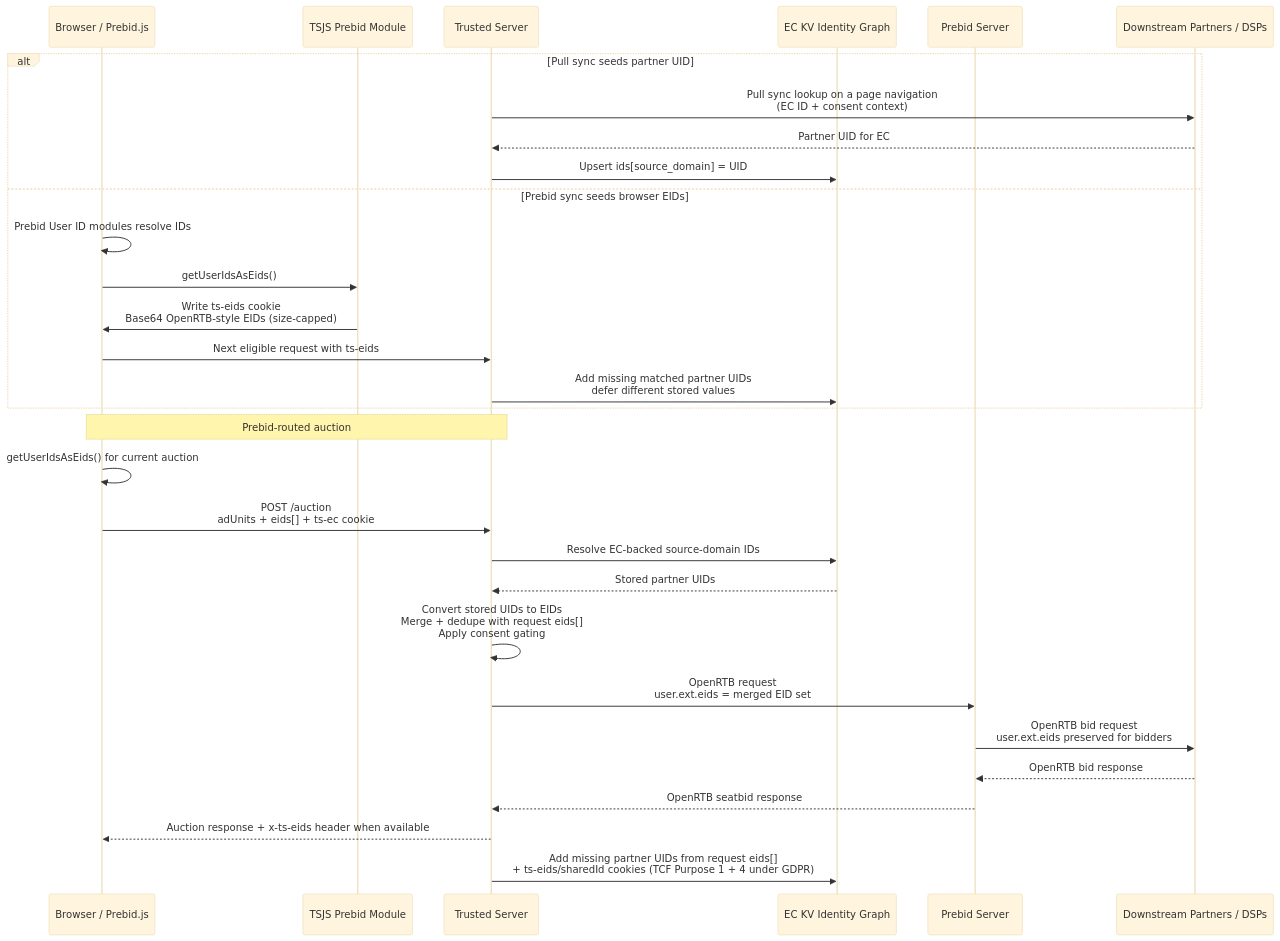
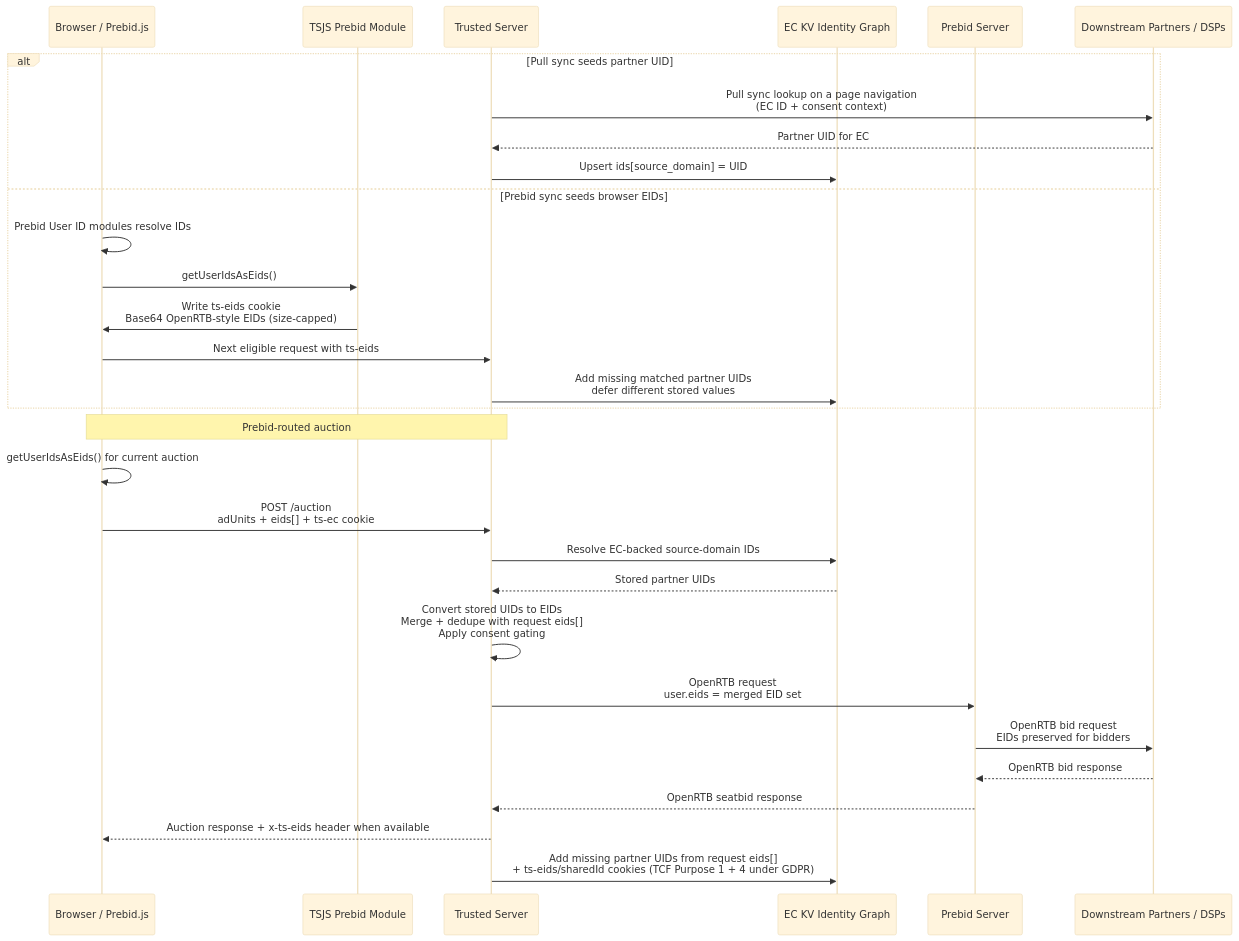
One commit to IABTechLab/trusted-server changed the sixth of 6 diagrams in docs/guide/edge-cookies.md. Above: the diagram before and after it, drawn with Mermaid (base theme). The commit also changed other lines of this file and 3 other files, not shown here.

Commit message:
Document EIDs in OpenRTB user.eids

````diff
--- a/docs/guide/edge-cookies.md
+++ b/docs/guide/edge-cookies.md
@@ -195,34 +195,34 @@
 ```mermaid
 sequenceDiagram
     participant B as Browser / Prebid.js
     participant TSJS as TSJS Prebid Module
     participant TS as Trusted Server
     participant KV as EC KV Identity Graph
     participant PS as Prebid Server
     participant DSP as Downstream Partners / DSPs
 
     alt Pull sync seeds partner UID
         TS->>DSP: Pull sync lookup on a page navigation<br/>(EC ID + consent context)
         DSP-->>TS: Partner UID for EC
         TS->>KV: Upsert ids[source_domain] = UID
     else Prebid sync seeds browser EIDs
         B->>B: Prebid User ID modules resolve IDs
         B->>TSJS: getUserIdsAsEids()
         TSJS->>B: Write ts-eids cookie<br/>Base64 OpenRTB-style EIDs (size-capped)
         B->>TS: Next eligible request with ts-eids
         TS->>KV: Add missing matched partner UIDs<br/>defer different stored values
     end
 
     Note over B,TS: Prebid-routed auction
     B->>B: getUserIdsAsEids() for current auction
     B->>TS: POST /auction<br/>adUnits + eids[] + ts-ec cookie
     TS->>KV: Resolve EC-backed source-domain IDs
     KV-->>TS: Stored partner UIDs
     TS->>TS: Convert stored UIDs to EIDs<br/>Merge + dedupe with request eids[]<br/>Apply consent gating
-    TS->>PS: OpenRTB request<br/>user.ext.eids = merged EID set
-    PS->>DSP: OpenRTB bid request<br/>user.ext.eids preserved for bidders
+    TS->>PS: OpenRTB request<br/>user.eids = merged EID set
+    PS->>DSP: OpenRTB bid request<br/>EIDs preserved for bidders
     DSP-->>PS: OpenRTB bid response
     PS-->>TS: OpenRTB seatbid response
     TS-->>B: Auction response + x-ts-eids header when available
     TS->>KV: Add missing partner UIDs from request eids[]<br/>+ ts-eids/sharedId cookies (TCF Purpose 1 + 4 under GDPR)
 ```
````
